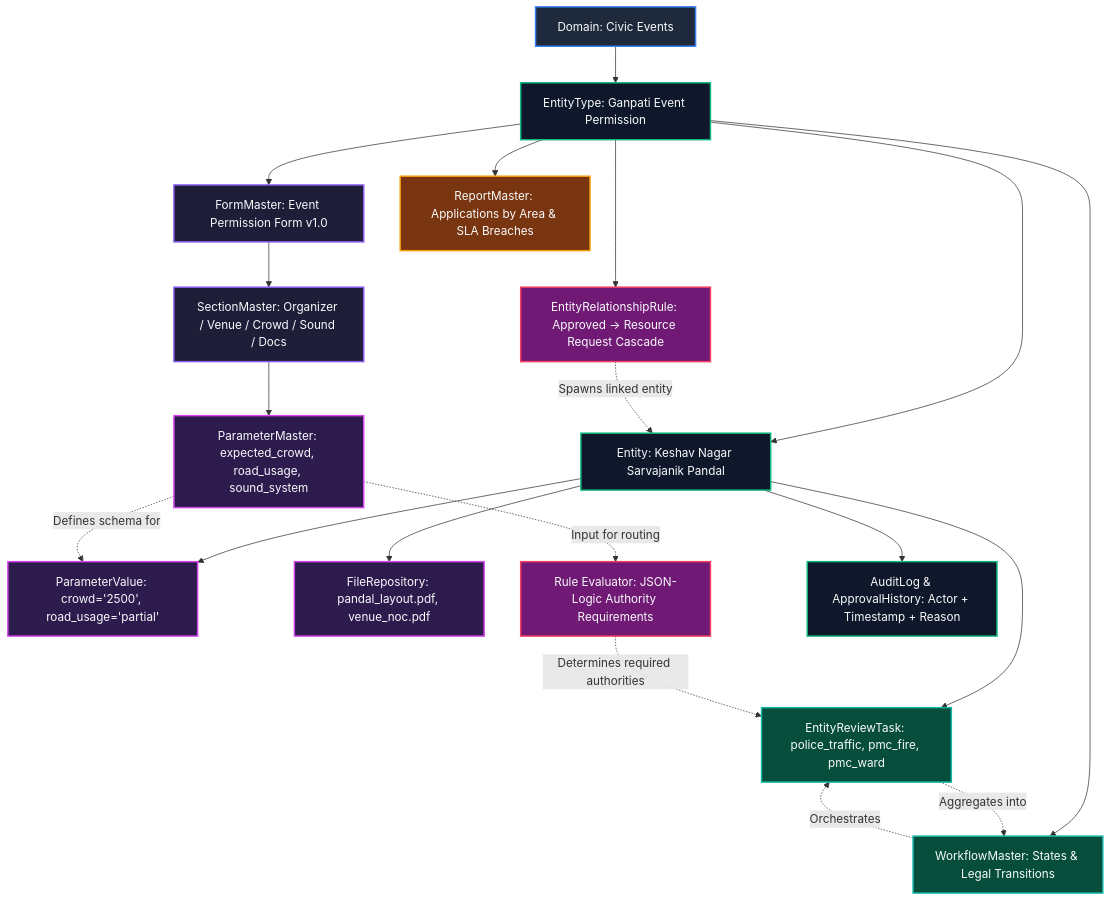
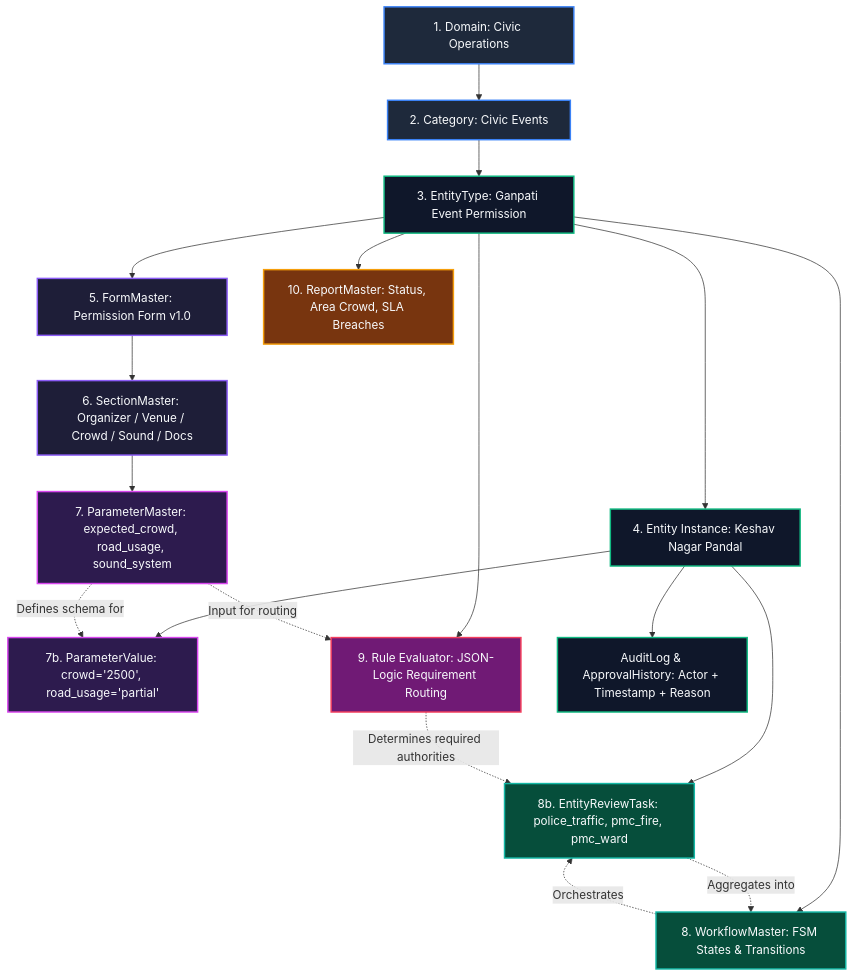
The diagram in docs/metadata/01-hierarchy-mapping.md (LaraSurana27/CIVIC-KALKI), drawn with Mermaid before and after one commit. The commit also changed other lines of this file and 3 other files, not shown here.

````diff
--- a/docs/metadata/01-hierarchy-mapping.md
+++ b/docs/metadata/01-hierarchy-mapping.md
@@ -53,48 +51,46 @@
 ```mermaid
 graph TD
     classDef domain fill:#1e293b,stroke:#3b82f6,stroke-width:2px,color:#f8fafc;
     classDef entity fill:#0f172a,stroke:#10b981,stroke-width:2px,color:#f8fafc;
     classDef form fill:#1e1e38,stroke:#8b5cf6,stroke-width:2px,color:#f8fafc;
     classDef param fill:#2d1b4e,stroke:#d946ef,stroke-width:2px,color:#f8fafc;
     classDef wf fill:#064e3b,stroke:#14b8a6,stroke-width:2px,color:#f8fafc;
     classDef rule fill:#701a75,stroke:#f43f5e,stroke-width:2px,color:#f8fafc;
     classDef report fill:#78350f,stroke:#f59e0b,stroke-width:2px,color:#f8fafc;
 
-    D["Domain: Civic Events"]:::domain
-    ET["EntityType: Ganpati Event Permission"]:::entity
-    E["Entity: Keshav Nagar Sarvajanik Pandal"]:::entity
-    FM["FormMaster: Event Permission Form v1.0"]:::form
-    SM["SectionMaster: Organizer / Venue / Crowd / Sound / Docs"]:::form
-    PM["ParameterMaster: expected_crowd, road_usage, sound_system"]:::param
-    PV["ParameterValue: crowd='2500', road_usage='partial'"]:::param
-    FR["FileRepository: pandal_layout.pdf, venue_noc.pdf"]:::param
+    D["1. Domain: Civic Operations"]:::domain
+    C["2. Category: Civic Events"]:::domain
+    ET["3. EntityType: Ganpati Event Permission"]:::entity
+    E["4. Entity Instance: Keshav Nagar Pandal"]:::entity
+    FM["5. FormMaster: Permission Form v1.0"]:::form
+    SM["6. SectionMaster: Organizer / Venue / Crowd / Sound / Docs"]:::form
+    PM["7. ParameterMaster: expected_crowd, road_usage, sound_system"]:::param
+    PV["7b. ParameterValue: crowd='2500', road_usage='partial'"]:::param
 
-    WM["WorkflowMaster: States & Legal Transitions"]:::wf
-    RT["EntityReviewTask: police_traffic, pmc_fire, pmc_ward"]:::wf
-    RE["Rule Evaluator: JSON-Logic Authority Requirements"]:::rule
-    ERR["EntityRelationshipRule: Approved -> Resource Request Cascade"]:::rule
-    RM["ReportMaster: Applications by Area & SLA Breaches"]:::report
+    WM["8. WorkflowMaster: FSM States & Transitions"]:::wf
+    RT["8b. EntityReviewTask: police_traffic, pmc_fire, pmc_ward"]:::wf
+    RE["9. Rule Evaluator: JSON-Logic Requirement Routing"]:::rule
+    RM["10. ReportMaster: Status, Area Crowd, SLA Breaches"]:::report
     AL["AuditLog & ApprovalHistory: Actor + Timestamp + Reason"]:::entity
 
-    D --> ET
+    D --> C
+    C --> ET
     ET --> FM
     ET --> WM
     ET --> RM
-    ET --> ERR
+    ET --> RE
     ET --> E
 
     FM --> SM
     SM --> PM
     
     E --> PV
-    E --> FR
     E --> RT
     E --> AL
 
     PM -.->|Defines schema for| PV
     PM -.->|Input for routing| RE
     RE -.->|Determines required authorities| RT
     WM -.->|Orchestrates| RT
     RT -.->|Aggregates into| WM
-    ERR -.->|Spawns linked entity| E
 ```
````
